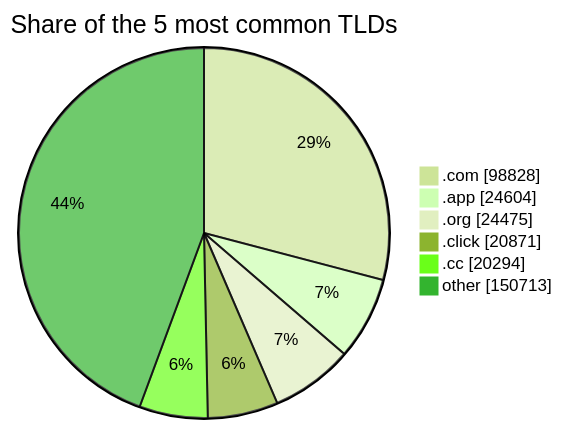
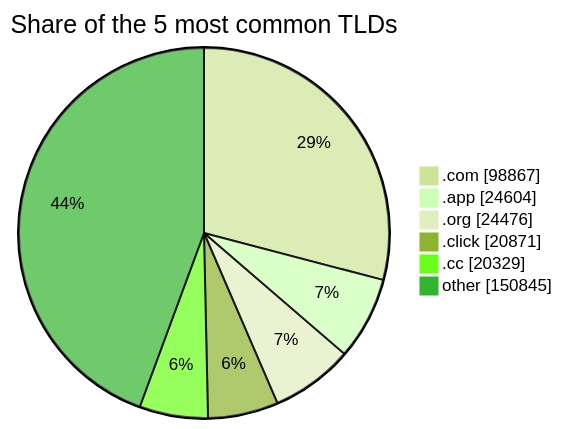
One commit to DNSBunker/CTI changed the third of 3 diagrams in README.md. Above: the diagram before and after it, drawn with Mermaid (forest theme). The commit also changed other lines of this file and 4 other files, not shown here.

````diff
--- a/README.md
+++ b/README.md
@@ -81,9 +81,9 @@
 ```mermaid
 pie showData title Share of the 5 most common TLDs
-    ".com" : 98828
+    ".com" : 98867
     ".app" : 24604
-    ".org" : 24475
+    ".org" : 24476
     ".click" : 20871
-    ".cc" : 20294
-    "other" : 150713
+    ".cc" : 20329
+    "other" : 150845
 ```
````
